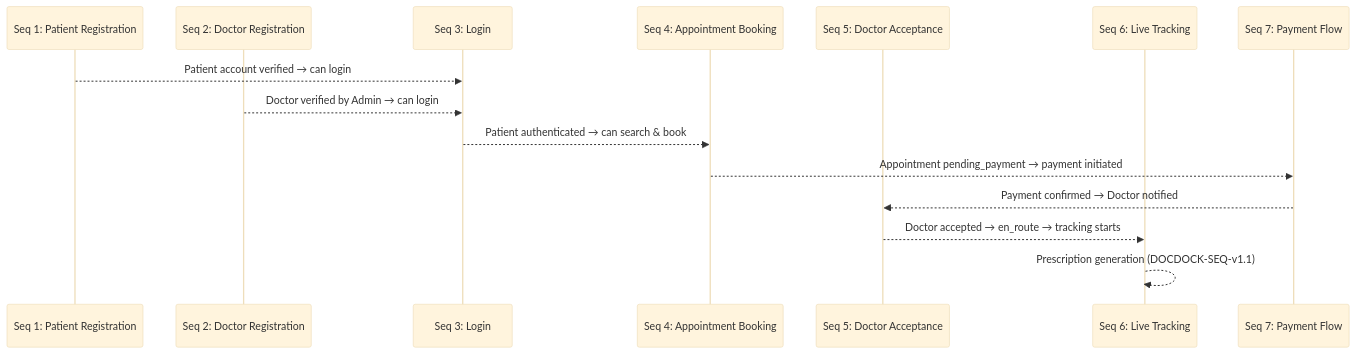
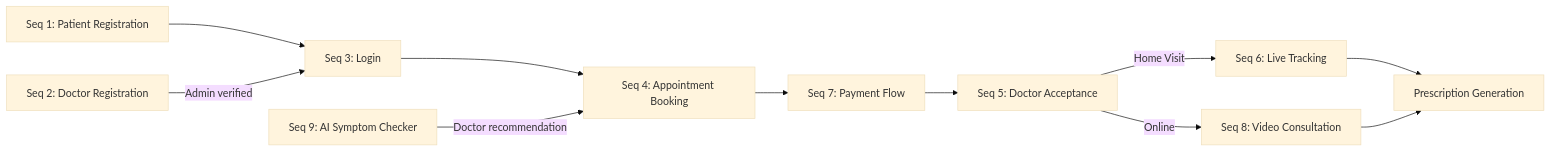
One commit to Vansh-Vaishnani/DocDock changed the ninth of 9 diagrams in Documents/Sequence_Diagrams.md. Above: the diagram before and after it, drawn with Mermaid (base theme). The commit also changed other lines of this file and 16 other files, not shown here.

Commit message:
feat: initialize project documentation including system architecture, design specifications, and development roadmap

````diff
--- a/Documents/Sequence_Diagrams.md
+++ b/Documents/Sequence_Diagrams.md
@@ -1005,18 +1209,13 @@
 ```mermaid
-sequenceDiagram
-    participant S1 as Seq 1: Patient Registration
-    participant S2 as Seq 2: Doctor Registration
-    participant S3 as Seq 3: Login
-    participant S4 as Seq 4: Appointment Booking
-    participant S5 as Seq 5: Doctor Acceptance
-    participant S6 as Seq 6: Live Tracking
-    participant S7 as Seq 7: Payment Flow
-
-    S1-->>S3: Patient account verified → can login
-    S2-->>S3: Doctor verified by Admin → can login
-    S3-->>S4: Patient authenticated → can search & book
-    S4-->>S7: Appointment pending_payment → payment initiated
-    S7-->>S5: Payment confirmed → Doctor notified
-    S5-->>S6: Doctor accepted → en_route → tracking starts
-    S6-->>S6: Prescription generation (DOCDOCK-SEQ-v1.1)
+flowchart LR
+    S1[Seq 1: Patient Registration] --> S3[Seq 3: Login]
+    S2[Seq 2: Doctor Registration] -->|Admin verified| S3
+    S3 --> S4[Seq 4: Appointment Booking]
+    S4 --> S7[Seq 7: Payment Flow]
+    S7 --> S5[Seq 5: Doctor Acceptance]
+    S5 -->|Home Visit| S6[Seq 6: Live Tracking]
+    S5 -->|Online| S8[Seq 8: Video Consultation]
+    S6 --> PRESC[Prescription Generation]
+    S8 --> PRESC
+    S9[Seq 9: AI Symptom Checker] -->|Doctor recommendation| S4
 ```
````
